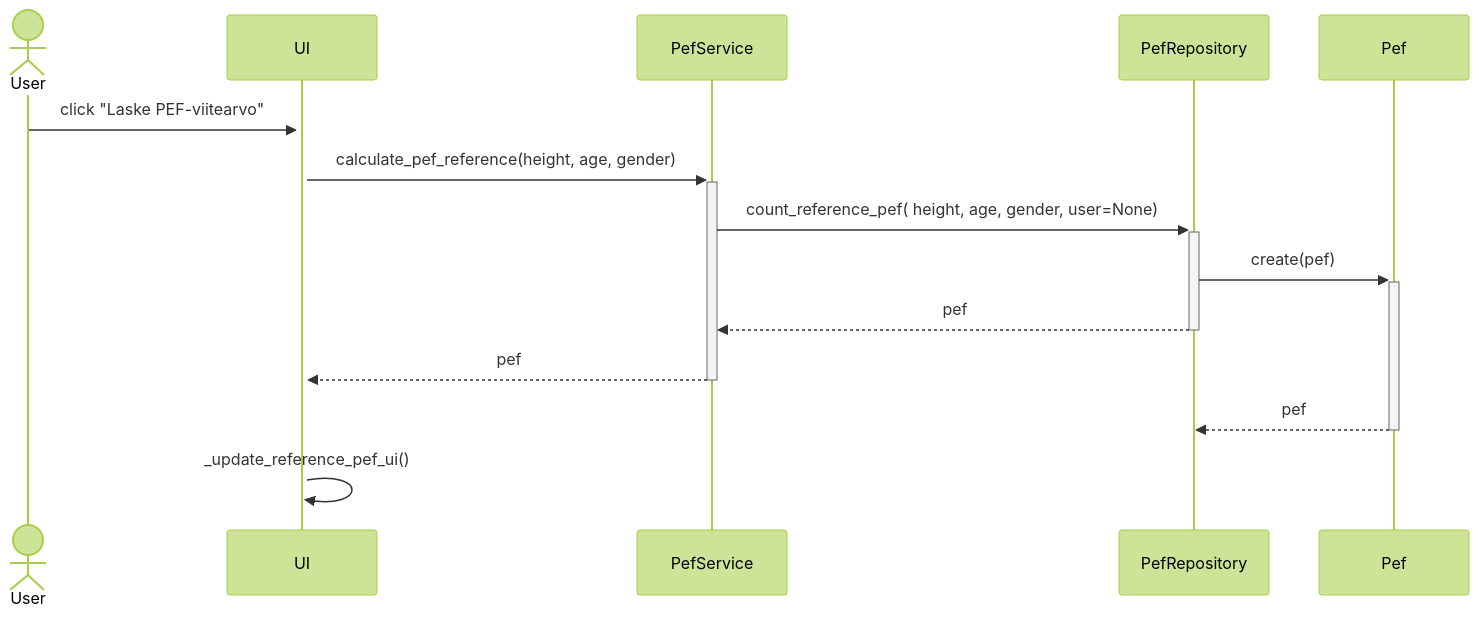
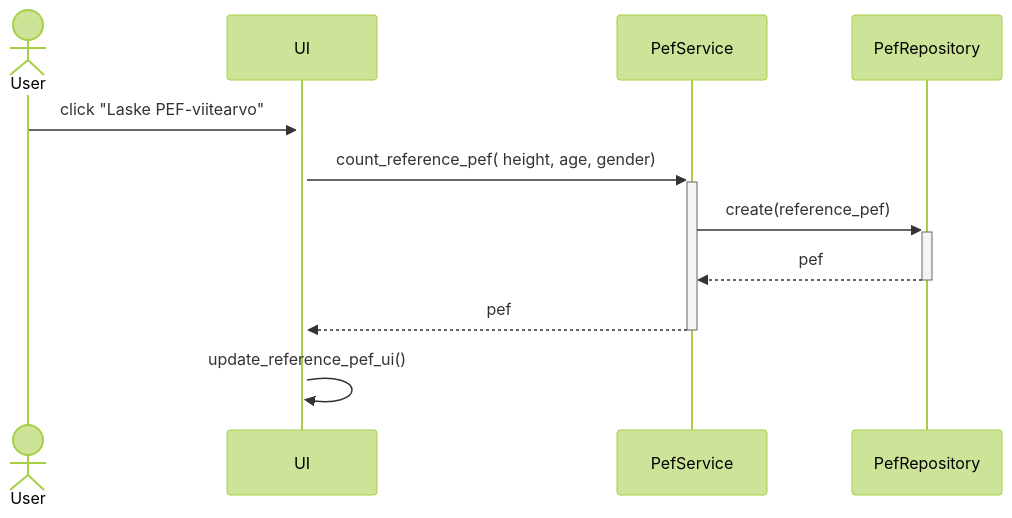
The fourth of 4 diagrams in dokumentaatio/arkkitehtuuri.md (JVilo/ot-harjoitustyo), drawn with Mermaid (forest theme) before and after one commit. The commit also changed other lines of this file, not shown here.

Commit message:
little fixes to the Sequence diagrams

````diff
--- a/dokumentaatio/arkkitehtuuri.md
+++ b/dokumentaatio/arkkitehtuuri.md
@@ -133,16 +133,13 @@
 ```mermaid
 sequenceDiagram
   actor User
   participant UI
   participant PefService
   participant PefRepository
-  participant Pef
   User->>+UI: click "Laske PEF-viitearvo"
-  UI->>+PefService: calculate_pef_reference(height, age, gender)
-  PefService->>+PefRepository: count_reference_pef( height, age, gender, user=None)
-  PefRepository->>+Pef: create(pef)
+  UI->>+PefService: count_reference_pef( height, age, gender)
+  PefService->>+PefRepository: create(reference_pef)
   PefRepository-->>-PefService: pef
   PefService-->>-UI: pef
-  Pef-->>-PefRepository: pef
-  UI->>UI: _update_reference_pef_ui()
+  UI->>UI: update_reference_pef_ui()
 ```
````
